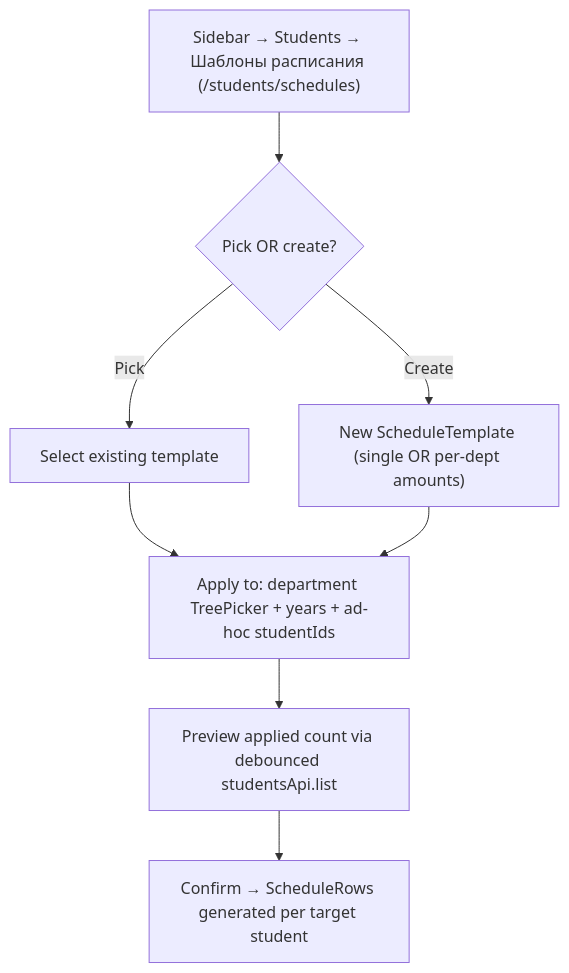
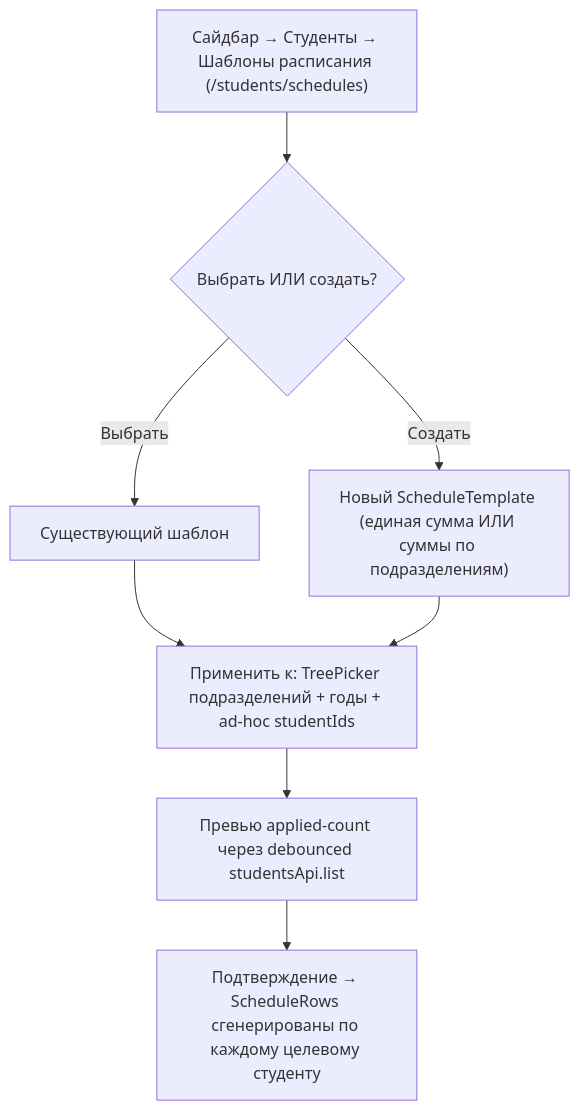
One commit to SardorAllaberganov/unipay-dashboard changed diagram 16 of 19 in docs/USER_FLOWS_BY_ROLE.md. Above: the diagram before and after it, drawn with Mermaid. The commit also changed other lines of this file and 1 other file, not shown here.

First line of the commit message:
docs: translate IA + role-flow docs to Russian

````diff
--- a/docs/USER_FLOWS_BY_ROLE.md
+++ b/docs/USER_FLOWS_BY_ROLE.md
@@ -577,10 +577,10 @@
 ```mermaid
 flowchart TD
-  A["Sidebar → Students → Шаблоны расписания (/students/schedules)"] --> B{Pick OR create?}
-  B -->|Pick| C[Select existing template]
-  B -->|Create| D["New ScheduleTemplate (single OR per-dept amounts)"]
-  C --> E["Apply to: department TreePicker + years + ad-hoc studentIds"]
+  A["Сайдбар → Студенты → Шаблоны расписания (/students/schedules)"] --> B{Выбрать ИЛИ создать?}
+  B -->|Выбрать| C[Существующий шаблон]
+  B -->|Создать| D["Новый ScheduleTemplate (единая сумма ИЛИ суммы по подразделениям)"]
+  C --> E["Применить к: TreePicker подразделений + годы + ad-hoc studentIds"]
   D --> E
-  E --> F["Preview applied count via debounced studentsApi.list"]
-  F --> G["Confirm → ScheduleRows generated per target student"]
+  E --> F["Превью applied-count через debounced studentsApi.list"]
+  F --> G["Подтверждение → ScheduleRows сгенерированы по каждому целевому студенту"]
 ```
````
